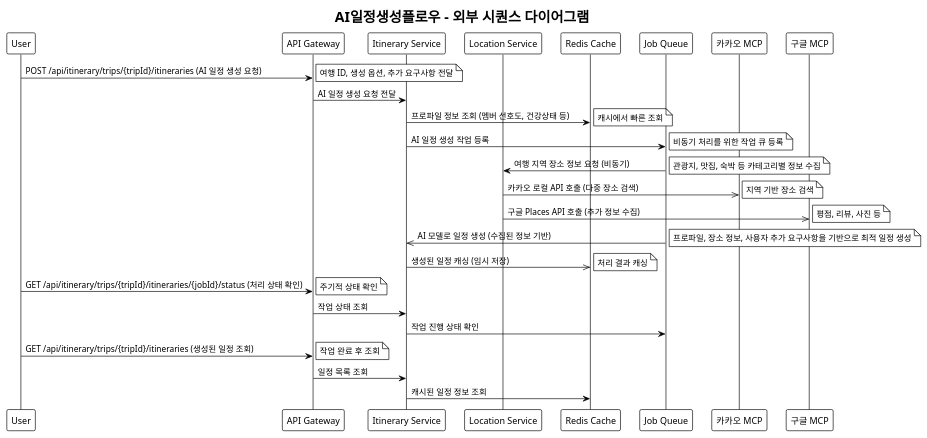
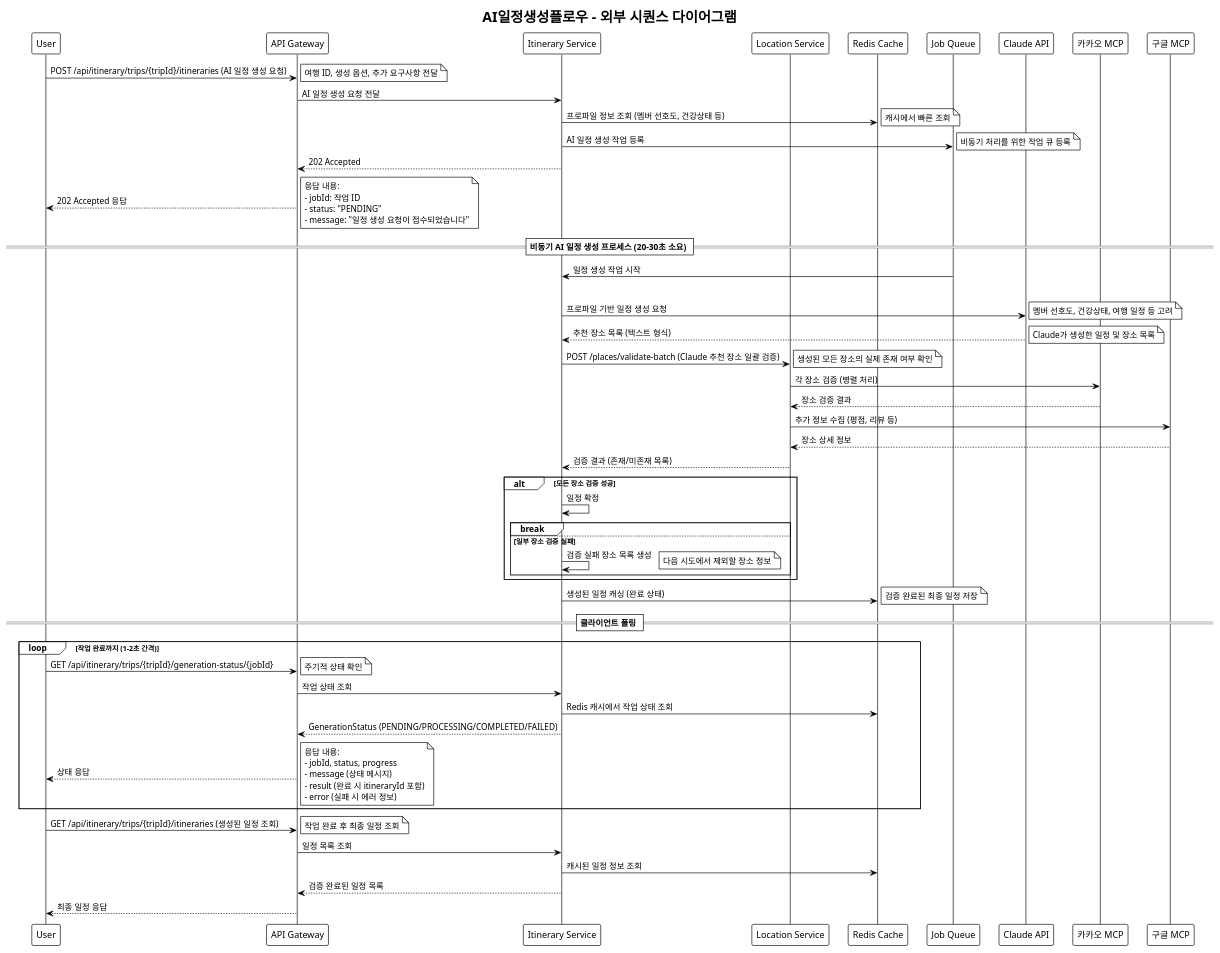
The diagram in design/backend/sequence/outer/AI일정생성플로우.puml (cna-bootcamp/tripgen), drawn with PlantUML before and after one commit. The commit also changed 16 other files, not shown here.

First line of the commit message:
Add Claude API integration to travel itinerary service design

```diff
--- a/design/backend/sequence/outer/AI일정생성플로우.puml
+++ b/design/backend/sequence/outer/AI일정생성플로우.puml
@@ -1,55 +1,101 @@
 @startuml
 !theme mono
 
 title AI일정생성플로우 - 외부 시퀀스 다이어그램
 
 participant "User" as U
 participant "API Gateway" as GW
 participant "Itinerary Service" as IS
 participant "Location Service" as LS
 participant "Redis Cache" as RC
 participant "Job Queue" as JQ
+participant "Claude API" as CA
 participant "카카오 MCP" as KM
 participant "구글 MCP" as GM
 
 U -> GW: POST /api/itinerary/trips/{tripId}/itineraries (AI 일정 생성 요청)
 note right: 여행 ID, 생성 옵션, 추가 요구사항 전달
 
 GW -> IS: AI 일정 생성 요청 전달
 
 IS -> RC: 프로파일 정보 조회 (멤버 선호도, 건강상태 등)
 note right: 캐시에서 빠른 조회
 
 IS -> JQ: AI 일정 생성 작업 등록
 note right: 비동기 처리를 위한 작업 큐 등록
 
-JQ -> LS: 여행 지역 장소 정보 요청 (비동기)
-note right: 관광지, 맛집, 숙박 등 카테고리별 정보 수집
+IS --> GW: 202 Accepted
+GW --> U: 202 Accepted 응답
+note right
+  응답 내용:
+  - jobId: 작업 ID
+  - status: "PENDING"
+  - message: "일정 생성 요청이 접수되었습니다"
+end note
 
-LS ->> KM: 카카오 로컬 API 호출 (다중 장소 검색)
-note right: 지역 기반 장소 검색
+== 비동기 AI 일정 생성 프로세스 (20-30초 소요) ==
 
-LS ->> GM: 구글 Places API 호출 (추가 정보 수집)
-note right: 평점, 리뷰, 사진 등
+JQ -> IS: 일정 생성 작업 시작
 
-JQ ->> IS: AI 모델로 일정 생성 (수집된 정보 기반)
-note right: 프로파일, 장소 정보, 사용자 추가 요구사항을 기반으로 최적 일정 생성
+loop 최대 3회 반복 (검증 성공할 때까지)
+    IS -> CA: 프로파일 기반 일정 생성 요청
+    note right: 멤버 선호도, 건강상태, 여행 일정 등 고려
+    
+    CA --> IS: 추천 장소 목록 (텍스트 형식)
+    note right: Claude가 생성한 일정 및 장소 목록
+    
+    IS -> LS: POST /places/validate-batch (Claude 추천 장소 일괄 검증)
+    note right: 생성된 모든 장소의 실제 존재 여부 확인
+    
+    LS -> KM: 각 장소 검증 (병렬 처리)
+    KM --> LS: 장소 검증 결과
+    
+    LS -> GM: 추가 정보 수집 (평점, 리뷰 등)
+    GM --> LS: 장소 상세 정보
+    
+    LS --> IS: 검증 결과 (존재/미존재 목록)
+    
+    alt 모든 장소 검증 성공
+        IS -> IS: 일정 확정
+        break
+    else 일부 장소 검증 실패
+        IS -> IS: 검증 실패 장소 목록 생성
+        note right: 다음 시도에서 제외할 장소 정보
+    end
+end
 
-IS ->> RC: 생성된 일정 캐싱 (임시 저장)
-note right: 처리 결과 캐싱
+IS -> RC: 생성된 일정 캐싱 (완료 상태)
+note right: 검증 완료된 최종 일정 저장
 
-U -> GW: GET /api/itinerary/trips/{tripId}/itineraries/{jobId}/status (처리 상태 확인)
-note right: 주기적 상태 확인
+== 클라이언트 폴링 ==
 
-GW -> IS: 작업 상태 조회
-
-IS -> JQ: 작업 진행 상태 확인
+loop 작업 완료까지 (1-2초 간격)
+    U -> GW: GET /api/itinerary/trips/{tripId}/generation-status/{jobId}
+    note right: 주기적 상태 확인
+    
+    GW -> IS: 작업 상태 조회
+    
+    IS -> RC: Redis 캐시에서 작업 상태 조회
+    
+    IS --> GW: GenerationStatus (PENDING/PROCESSING/COMPLETED/FAILED)
+    GW --> U: 상태 응답
+    note right
+      응답 내용:
+      - jobId, status, progress
+      - message (상태 메시지)
+      - result (완료 시 itineraryId 포함)
+      - error (실패 시 에러 정보)
+    end note
+end
 
 U -> GW: GET /api/itinerary/trips/{tripId}/itineraries (생성된 일정 조회)
-note right: 작업 완료 후 조회
+note right: 작업 완료 후 최종 일정 조회
 
 GW -> IS: 일정 목록 조회
 
 IS -> RC: 캐시된 일정 정보 조회
 
+IS --> GW: 검증 완료된 일정 목록
+GW --> U: 최종 일정 응답
+
 @enduml
```
